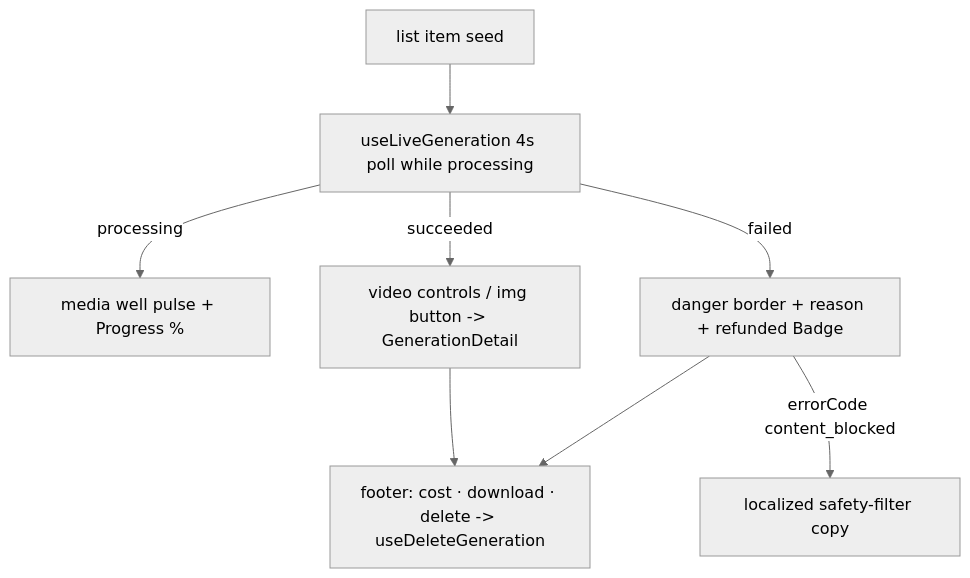
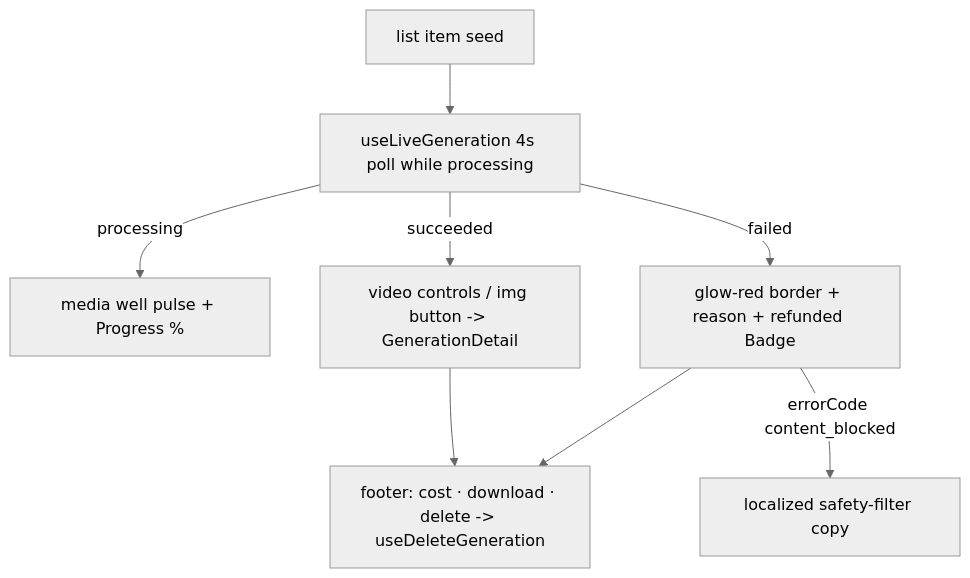
One commit to AzamatRaimbekov2/openCreate changed the diagram in apps/web/src/modules/Gallery/components/GenerationCard.tsx.md. Above: the diagram before and after it, drawn with Mermaid (neutral theme). The commit also changed other lines of this file and 99 other files, not shown here.

````diff
--- a/apps/web/src/modules/Gallery/components/GenerationCard.tsx.md
+++ b/apps/web/src/modules/Gallery/components/GenerationCard.tsx.md
@@ -39,9 +39,9 @@
 ```mermaid
 flowchart TD
   SEED[list item seed] --> UL[useLiveGeneration 4s poll while processing]
   UL -->|processing| P[media well pulse + Progress %]
   UL -->|succeeded| S[video controls / img button -> GenerationDetail]
-  UL -->|failed| F[danger border + reason + refunded Badge]
+  UL -->|failed| F[glow-red border + reason + refunded Badge]
   F -->|errorCode content_blocked| CB[localized safety-filter copy]
   S & F --> A[footer: cost · download · delete -> useDeleteGeneration]
 ```
````
